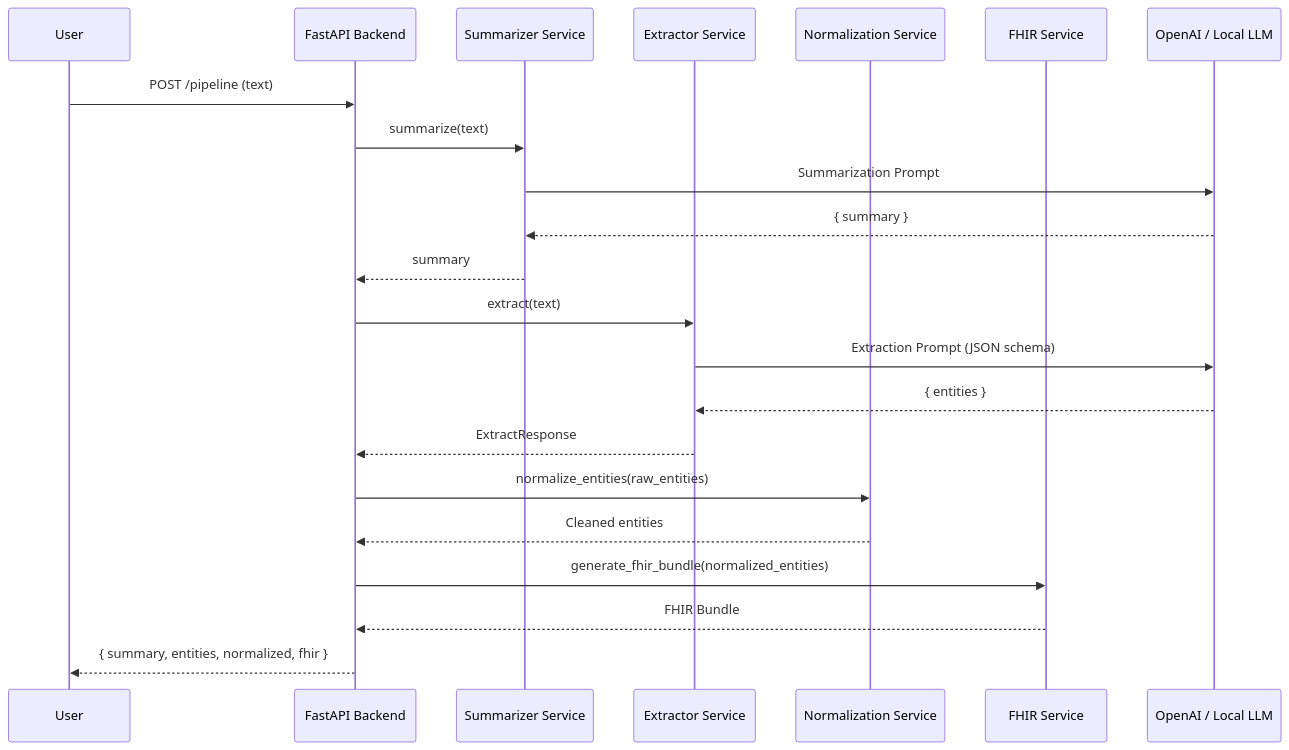
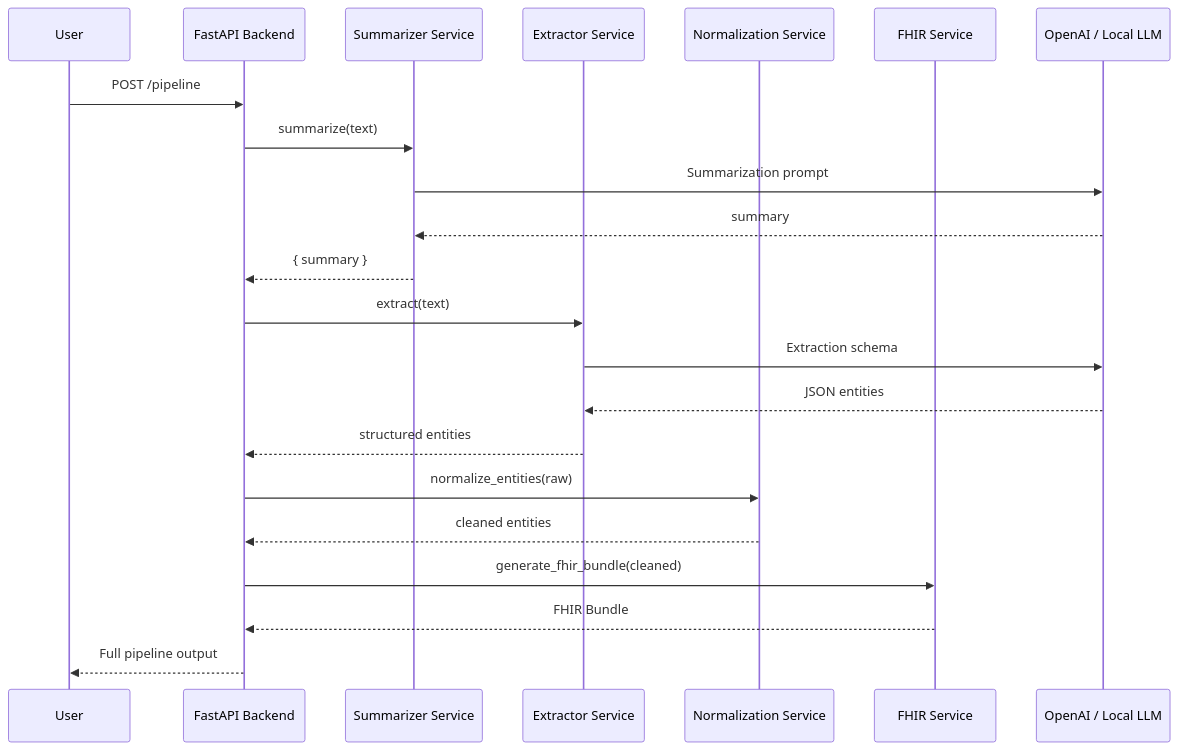
The first of 2 diagrams in docs/architecture.md (bngetich/doctor-notes-app), drawn with Mermaid before and after one commit. The commit also changed other lines of this file and 9 other files, not shown here.

````diff
--- a/docs/architecture.md
+++ b/docs/architecture.md
@@ -22,29 +22,29 @@
 ```mermaid
 sequenceDiagram
-    participant User
-    participant Backend as FastAPI Backend
-    participant Sum as Summarizer Service
-    participant Ext as Extractor Service
-    participant Norm as Normalization Service
-    participant FHIR as FHIR Service
-    participant LLM as OpenAI / Local LLM
+        participant User
+        participant Backend as FastAPI Backend
+        participant Sum as Summarizer Service
+        participant Ext as Extractor Service
+        participant Norm as Normalization Service
+        participant FHIR as FHIR Service
+        participant LLM as OpenAI / Local LLM
 
-    User->>Backend: POST /pipeline (text)
-    Backend->>Sum: summarize(text)
-    Sum->>LLM: Summarization Prompt
-    LLM-->>Sum: { summary }
-    Sum-->>Backend: summary
+        User->>Backend: POST /pipeline
+        Backend->>Sum: summarize(text)
+        Sum->>LLM: Summarization prompt
+        LLM-->>Sum: summary
+        Sum-->>Backend: { summary }
 
-    Backend->>Ext: extract(text)
-    Ext->>LLM: Extraction Prompt (JSON schema)
-    LLM-->>Ext: { entities }
-    Ext-->>Backend: ExtractResponse
+        Backend->>Ext: extract(text)
+        Ext->>LLM: Extraction schema
+        LLM-->>Ext: JSON entities
+        Ext-->>Backend: structured entities
 
-    Backend->>Norm: normalize_entities(raw_entities)
-    Norm-->>Backend: Cleaned entities
+        Backend->>Norm: normalize_entities(raw)
+        Norm-->>Backend: cleaned entities
 
-    Backend->>FHIR: generate_fhir_bundle(normalized_entities)
-    FHIR-->>Backend: FHIR Bundle
+        Backend->>FHIR: generate_fhir_bundle(cleaned)
+        FHIR-->>Backend: FHIR Bundle
 
-    Backend-->>User: { summary, entities, normalized, fhir }
+        Backend-->>User: Full pipeline output
 ```
````
